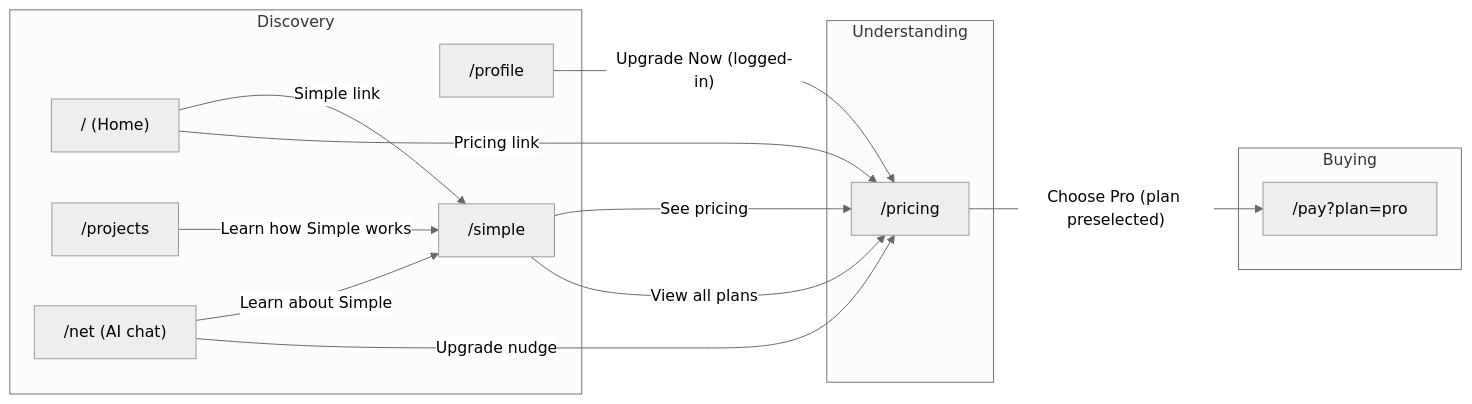
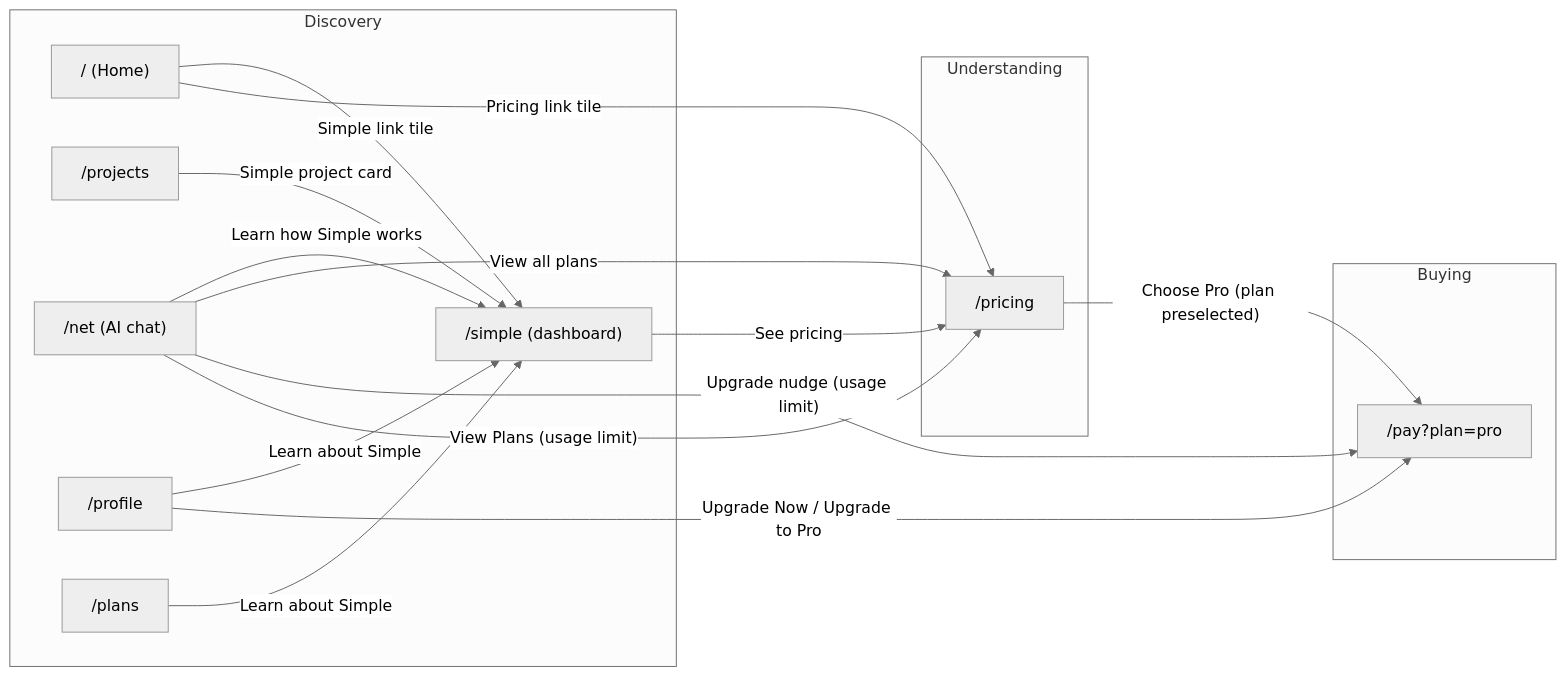
One commit to tnnrhpwd/portfolio-app changed the diagram in docs/guides/SALES_FUNNEL.md. Above: the diagram before and after it, drawn with Mermaid (neutral theme). The commit also changed other lines of this file and 1 other file, not shown here.

First line of the commit message:
Clarify sales funnel and Simple dashboard

````diff
--- a/docs/guides/SALES_FUNNEL.md
+++ b/docs/guides/SALES_FUNNEL.md
@@ -65,26 +77,30 @@
 ```mermaid
 flowchart LR
     subgraph D["Discovery"]
         Home["/ (Home)"]
         Projects["/projects"]
         Net["/net (AI chat)"]
         Profile["/profile"]
-        Simple["/simple"]
+        Simple["/simple (dashboard)"]
+        Plans["/plans"]
     end
     subgraph U["Understanding"]
         Pricing["/pricing"]
     end
     subgraph B["Buying"]
         Pay["/pay?plan=pro"]
     end
 
-    Home -->|"Simple link"| Simple
-    Projects -->|"Learn how Simple works"| Simple
-    Net -->|"Learn about Simple"| Simple
-    Home -->|"Pricing link"| Pricing
-    Profile -->|"Upgrade Now (logged-in)"| Pricing
-    Net -->|"Upgrade nudge"| Pricing
+    Home -->|"Simple link tile"| Simple
+    Projects -->|"Simple project card"| Simple
+    Net -->|"Learn how Simple works"| Simple
+    Plans -->|"Learn about Simple"| Simple
+    Profile -->|"Learn about Simple"| Simple
+    Home -->|"Pricing link tile"| Pricing
+    Net -->|"View all plans"| Pricing
     Simple -->|"See pricing"| Pricing
-    Simple -->|"View all plans"| Pricing
+    Profile -->|"Upgrade Now / Upgrade to Pro"| Pay
+    Net -->|"Upgrade nudge (usage limit)"| Pay
+    Net -->|"View Plans (usage limit)"| Pricing
     Pricing -->|"Choose Pro (plan preselected)"| Pay
 ```
````
